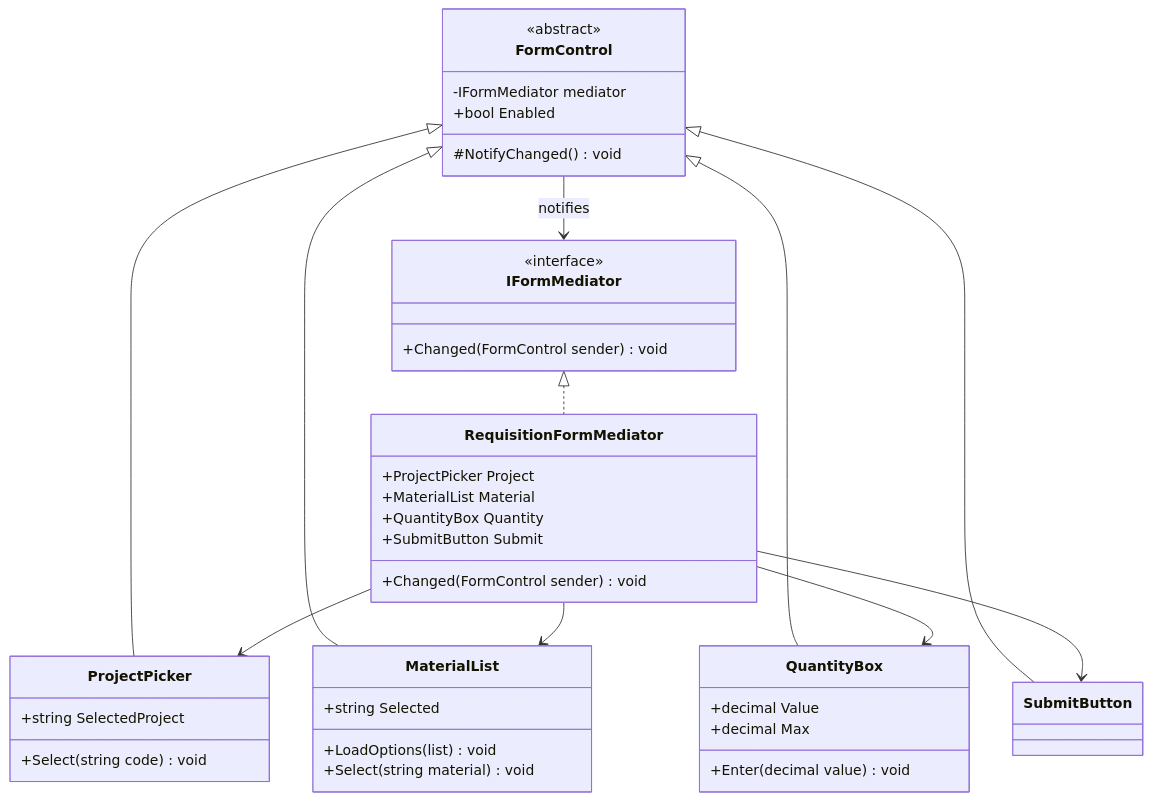
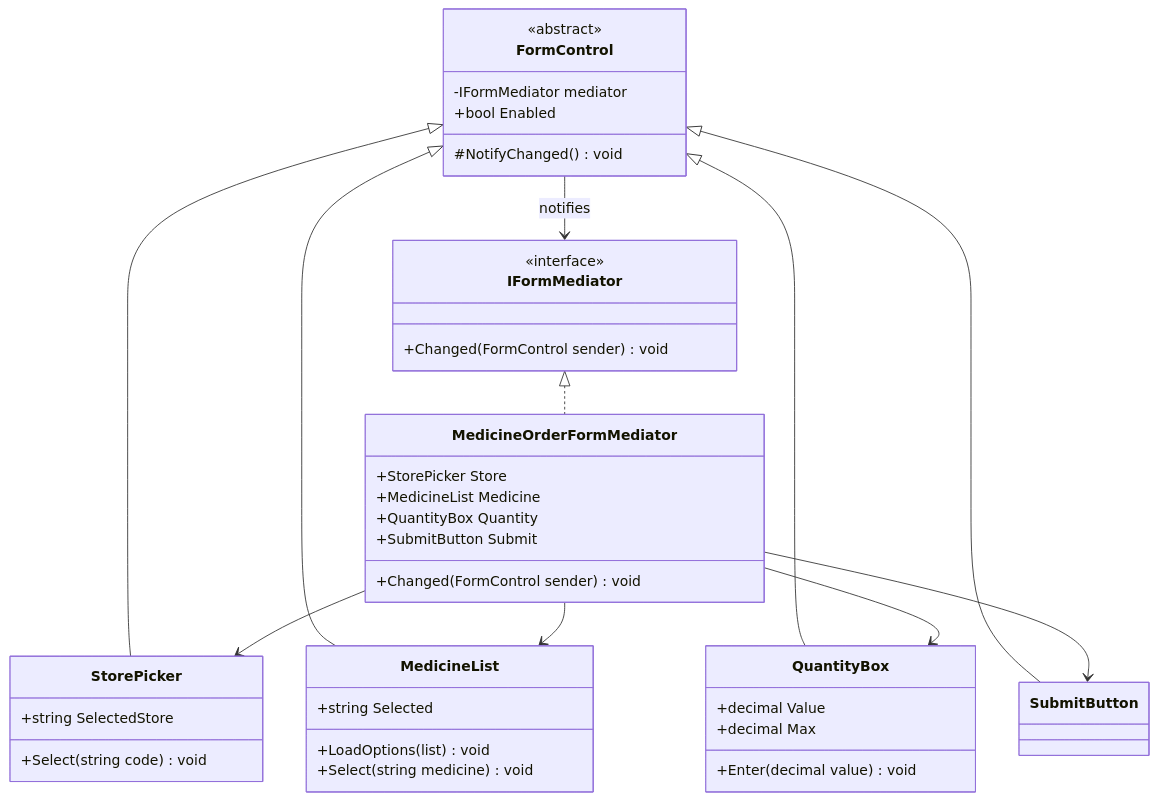
The first of 3 diagrams in content/lessons/m06/m06-mediator.md (rizwi0786/system-design-lab), drawn with Mermaid before and after one commit. The commit also changed other lines of this file and 334 other files, not shown here.

````diff
--- a/content/lessons/m06/m06-mediator.md
+++ b/content/lessons/m06/m06-mediator.md
@@ -153,45 +153,45 @@
 ```mermaid
 classDiagram
     class IFormMediator {
         <<interface>>
         +Changed(FormControl sender) void
     }
-    class RequisitionFormMediator {
-        +ProjectPicker Project
-        +MaterialList Material
+    class MedicineOrderFormMediator {
+        +StorePicker Store
+        +MedicineList Medicine
         +QuantityBox Quantity
         +SubmitButton Submit
         +Changed(FormControl sender) void
     }
     class FormControl {
         <<abstract>>
         -IFormMediator mediator
         +bool Enabled
         #NotifyChanged() void
     }
-    class ProjectPicker {
-        +string SelectedProject
+    class StorePicker {
+        +string SelectedStore
         +Select(string code) void
     }
-    class MaterialList {
+    class MedicineList {
         +string Selected
         +LoadOptions(list) void
-        +Select(string material) void
+        +Select(string medicine) void
     }
     class QuantityBox {
         +decimal Value
         +decimal Max
         +Enter(decimal value) void
     }
     class SubmitButton
-    IFormMediator <|.. RequisitionFormMediator
+    IFormMediator <|.. MedicineOrderFormMediator
     FormControl --> IFormMediator : notifies
-    FormControl <|-- ProjectPicker
-    FormControl <|-- MaterialList
+    FormControl <|-- StorePicker
+    FormControl <|-- MedicineList
     FormControl <|-- QuantityBox
     FormControl <|-- SubmitButton
-    RequisitionFormMediator --> ProjectPicker
-    RequisitionFormMediator --> MaterialList
-    RequisitionFormMediator --> QuantityBox
-    RequisitionFormMediator --> SubmitButton
+    MedicineOrderFormMediator --> StorePicker
+    MedicineOrderFormMediator --> MedicineList
+    MedicineOrderFormMediator --> QuantityBox
+    MedicineOrderFormMediator --> SubmitButton
 ```
````
